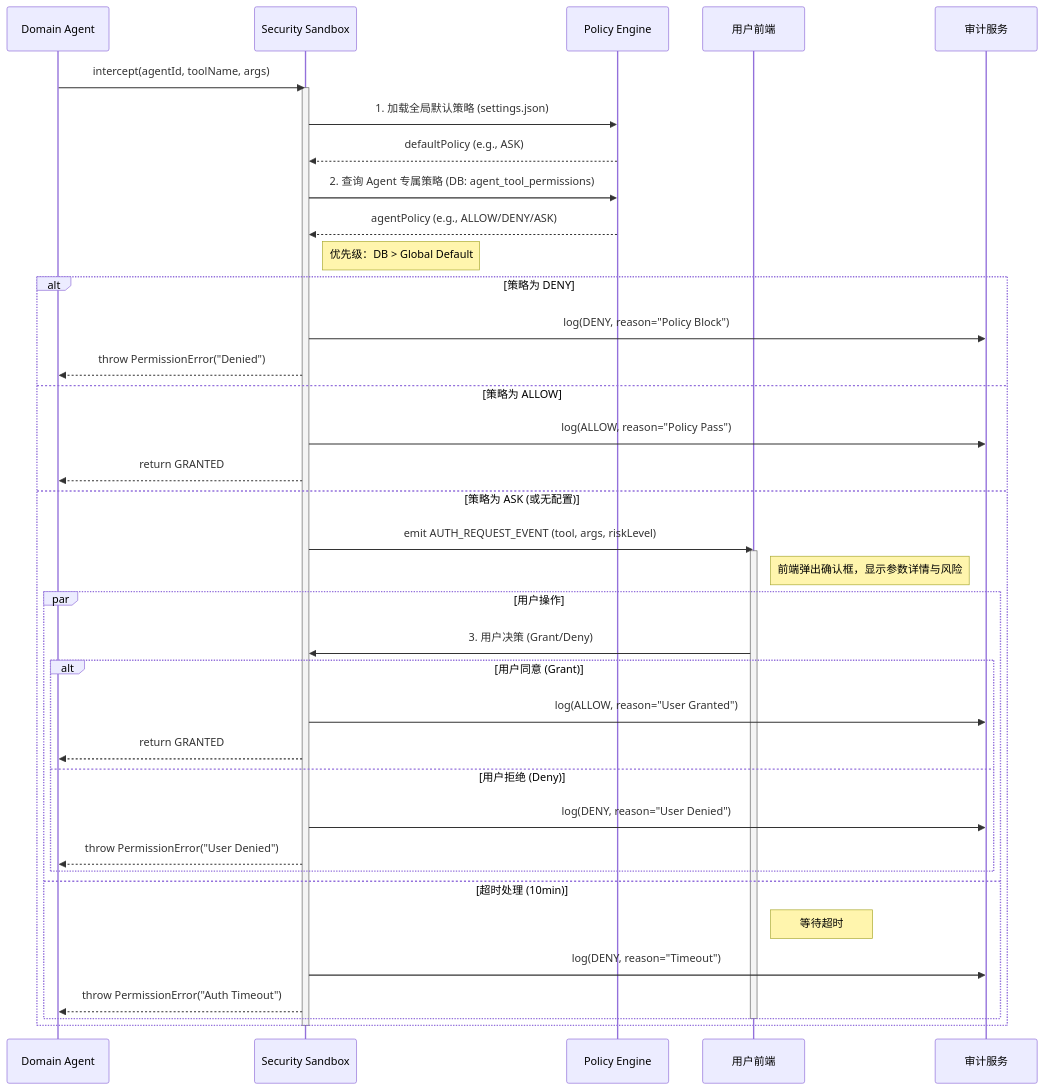
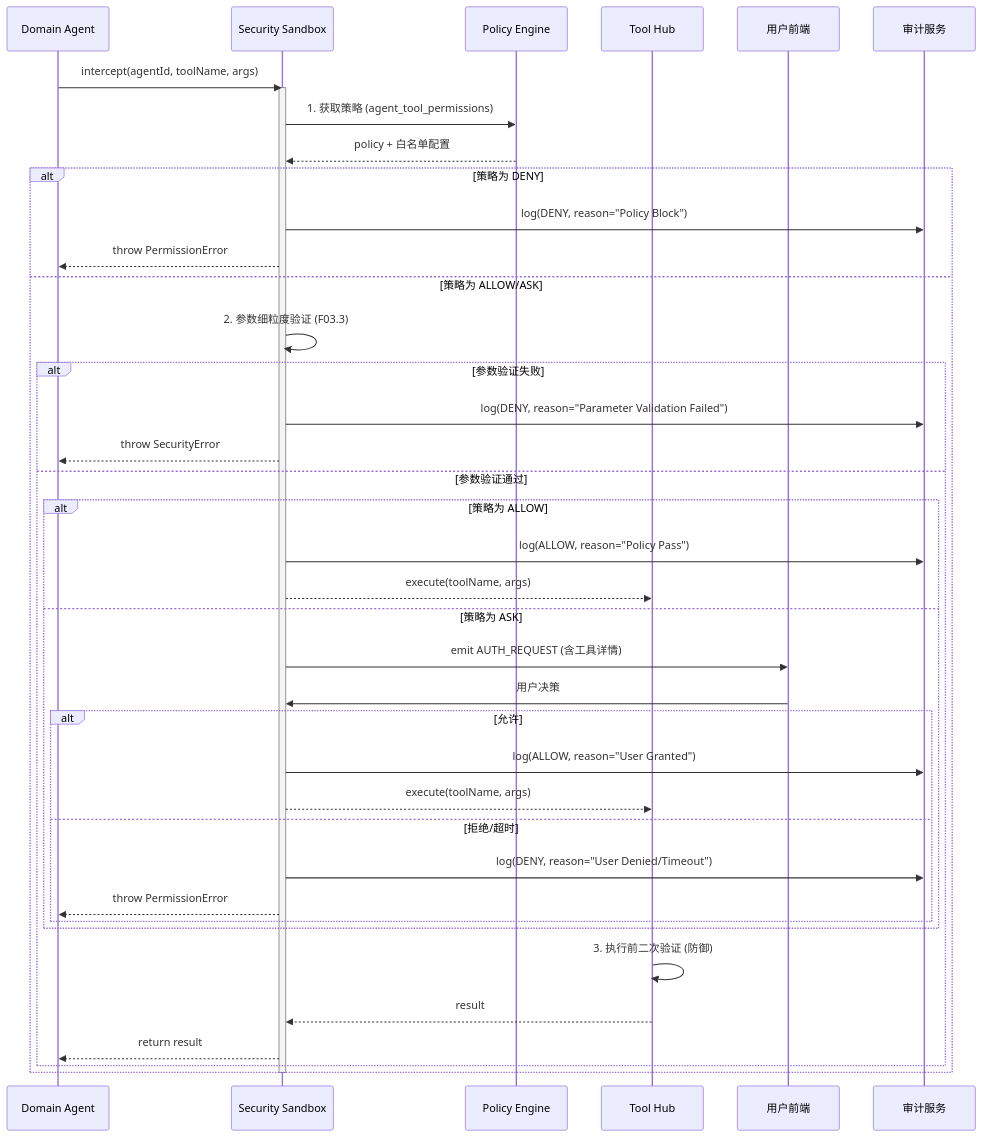
Before and after one commit to ivanzwb/coobot: the third of 3 diagrams in docs/Agent 开发文档/05-详细设计.md, drawn with Mermaid. The commit also changed other lines of this file, not shown here.

````diff
--- a/docs/Agent 开发文档/05-详细设计.md
+++ b/docs/Agent 开发文档/05-详细设计.md
@@ -950,48 +1149,47 @@
 ```mermaid
 sequenceDiagram
   participant Agent as Domain Agent
   participant Sandbox as Security Sandbox
   participant Policy as Policy Engine
+  participant ToolHub as Tool Hub
   participant User as 用户前端
   participant Audit as 审计服务
 
   Agent->>Sandbox: intercept(agentId, toolName, args)
   
   activate Sandbox
-  Sandbox->>Policy: 1. 加载全局默认策略 (settings.json)
-  Policy-->>Sandbox: defaultPolicy (e.g., ASK)
-  
-  Sandbox->>Policy: 2. 查询 Agent 专属策略 (DB: agent_tool_permissions)
-  Policy-->>Sandbox: agentPolicy (e.g., ALLOW/DENY/ASK)
-  
-  Note right of Sandbox: 优先级：DB > Global Default
+  Sandbox->>Policy: 1. 获取策略 (agent_tool_permissions)
+  Policy-->>Sandbox: policy + 白名单配置
   
   alt 策略为 DENY
       Sandbox->>Audit: log(DENY, reason="Policy Block")
-      Sandbox-->>Agent: throw PermissionError("Denied")
-  else 策略为 ALLOW
-      Sandbox->>Audit: log(ALLOW, reason="Policy Pass")
-      Sandbox-->>Agent: return GRANTED
-  else 策略为 ASK (或无配置)
-      Sandbox->>User: emit AUTH_REQUEST_EVENT (tool, args, riskLevel)
-      activate User
-      Note right of User: 前端弹出确认框，显示参数详情与风险
+      Sandbox-->>Agent: throw PermissionError
+  else 策略为 ALLOW/ASK
+      Sandbox->>Sandbox: 2. 参数细粒度验证 (F03.3)
       
-      par 用户操作
-          User->>Sandbox: 3. 用户决策 (Grant/Deny)
-          alt 用户同意 (Grant)
-              Sandbox->>Audit: log(ALLOW, reason="User Granted")
-              Sandbox-->>Agent: return GRANTED
-          else 用户拒绝 (Deny)
-              Sandbox->>Audit: log(DENY, reason="User Denied")
-              Sandbox-->>Agent: throw PermissionError("User Denied")
+      alt 参数验证失败
+          Sandbox->>Audit: log(DENY, reason="Parameter Validation Failed")
+          Sandbox-->>Agent: throw SecurityError
+      else 参数验证通过
+          alt 策略为 ALLOW
+              Sandbox->>Audit: log(ALLOW, reason="Policy Pass")
+              Sandbox-->>ToolHub: execute(toolName, args)
+          else 策略为 ASK
+              Sandbox->>User: emit AUTH_REQUEST (含工具详情)
+              User->>Sandbox: 用户决策
+              alt 允许
+                  Sandbox->>Audit: log(ALLOW, reason="User Granted")
+                  Sandbox-->>ToolHub: execute(toolName, args)
+              else 拒绝/超时
+                  Sandbox->>Audit: log(DENY, reason="User Denied/Timeout")
+                  Sandbox-->>Agent: throw PermissionError
+              end
           end
-      and 超时处理 (10min)
-          Note right of User: 等待超时
-          Sandbox->>Audit: log(DENY, reason="Timeout")
-          Sandbox-->>Agent: throw PermissionError("Auth Timeout")
+          
+          ToolHub->>ToolHub: 3. 执行前二次验证 (防御)
+          ToolHub-->>Sandbox: result
+          Sandbox-->>Agent: return result
       end
-      deactivate User
   end
   deactivate Sandbox
 ```
````
